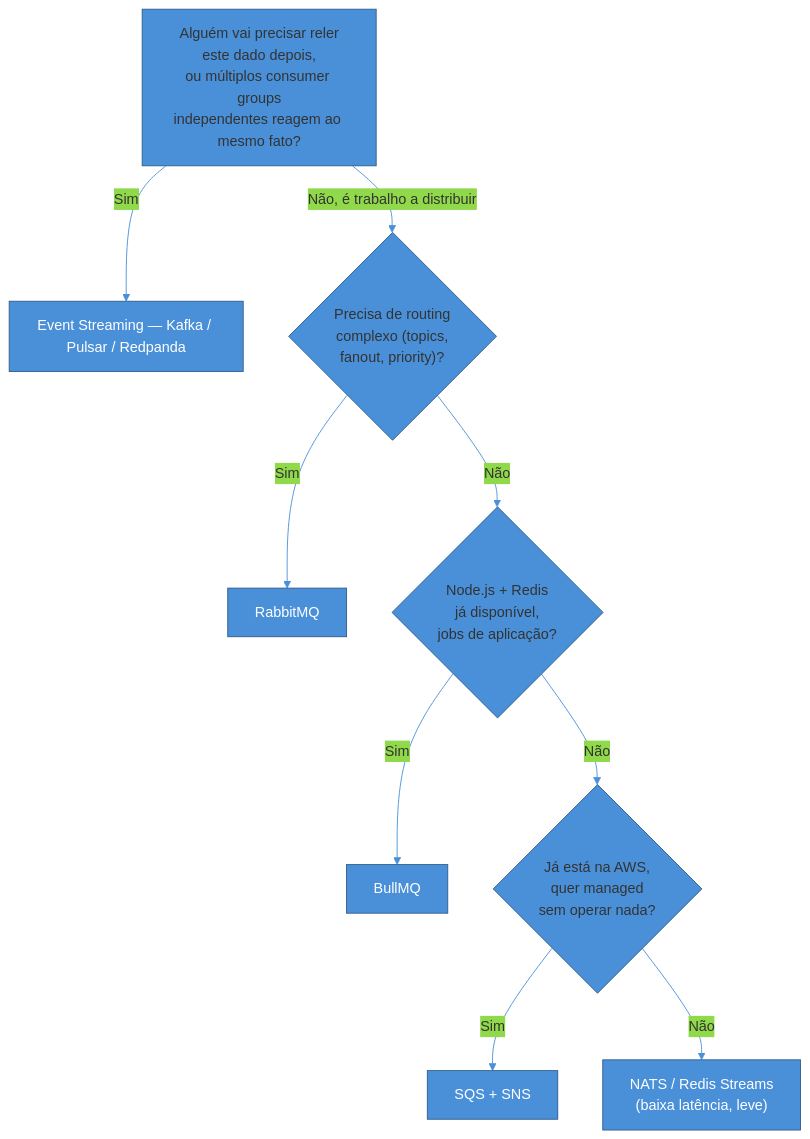
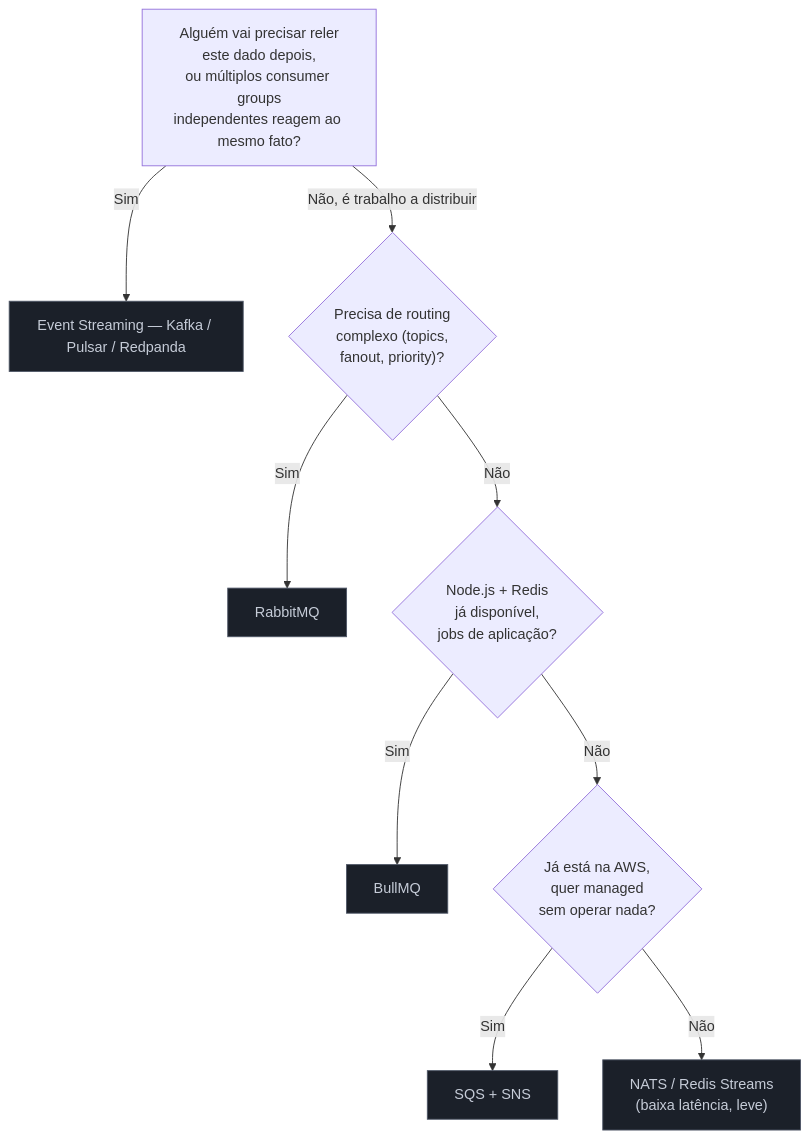
One commit to josenaldo/codex-technomanticus changed the second of 2 diagrams in 03-Dominios/Engenharia/Comunicação entre Sistemas/4 - Comunicação assíncrona/02 - Message queue vs event streaming.md. Above: the diagram before and after it, drawn with Mermaid. The commit also changed other lines of this file and 1181 other files, not shown here.

First line of the commit message:
fix(diagramas): paleta do sistema no lugar de cor cravada no markdown

````diff
--- a/03-Dominios/Engenharia/Comunicação entre Sistemas/4 - Comunicação assíncrona/02 - Message queue vs event streaming.md
+++ b/03-Dominios/Engenharia/Comunicação entre Sistemas/4 - Comunicação assíncrona/02 - Message queue vs event streaming.md
@@ -102,18 +104,18 @@
 ```mermaid
-%%{init: {"theme": "base", "themeVariables": {"primaryColor": "#4A90D9", "primaryBorderColor": "#2E5C8A", "lineColor": "#4A90D9"}}}%%
 flowchart TD
+    classDef neutro fill:#1B2029,stroke:#4E5666,color:#C6CCD8
     A["Alguém vai precisar reler<br/>este dado depois,<br/>ou múltiplos consumer groups<br/>independentes reagem ao mesmo fato?"] -->|"Sim"| B["Event Streaming — Kafka / Pulsar / Redpanda"]
     A -->|"Não, é trabalho a distribuir"| C{"Precisa de routing<br/>complexo (topics,<br/>fanout, priority)?"}
     C -->|"Sim"| D["RabbitMQ"]
     C -->|"Não"| E{"Node.js + Redis<br/>já disponível,<br/>jobs de aplicação?"}
     E -->|"Sim"| F["BullMQ"]
     E -->|"Não"| G{"Já está na AWS,<br/>quer managed<br/>sem operar nada?"}
     G -->|"Sim"| H["SQS + SNS"]
     G -->|"Não"| I["NATS / Redis Streams<br/>(baixa latência, leve)"]
 
-    style B fill:#4A90D9,color:#fff
-    style D fill:#4A90D9,color:#fff
-    style F fill:#4A90D9,color:#fff
-    style H fill:#4A90D9,color:#fff
-    style I fill:#4A90D9,color:#fff
+    class B neutro
+    class D neutro
+    class F neutro
+    class H neutro
+    class I neutro
 ```
````
